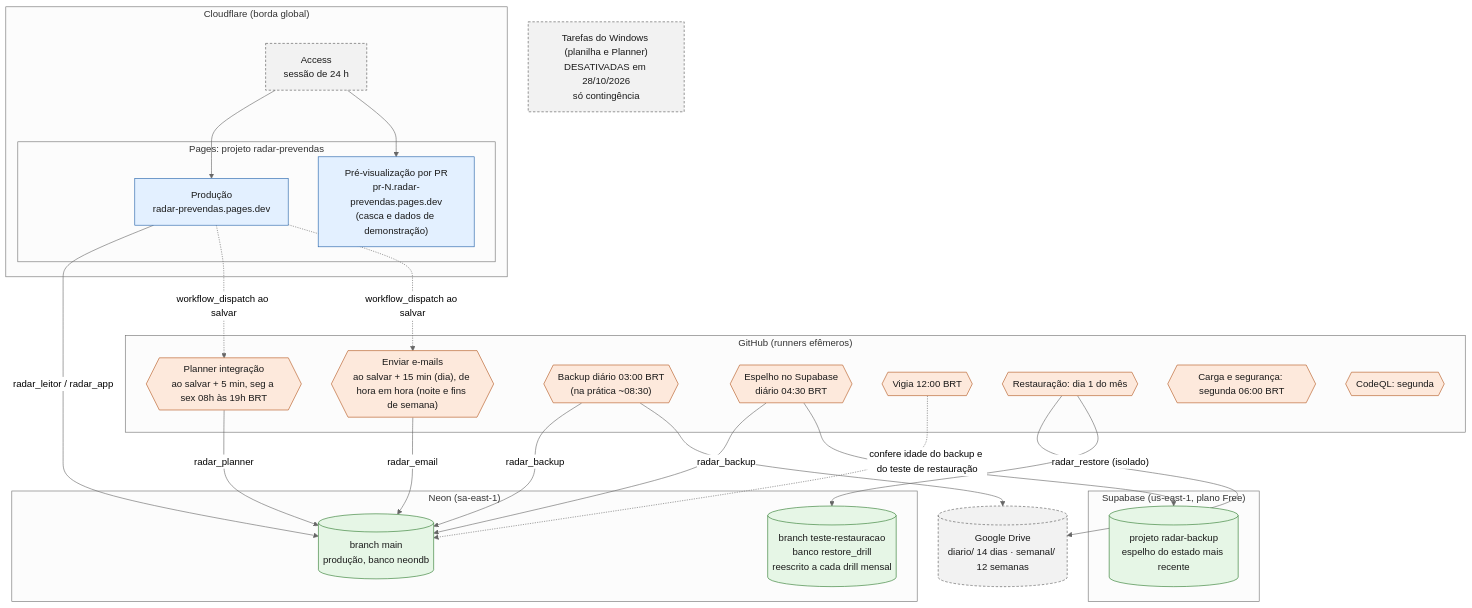
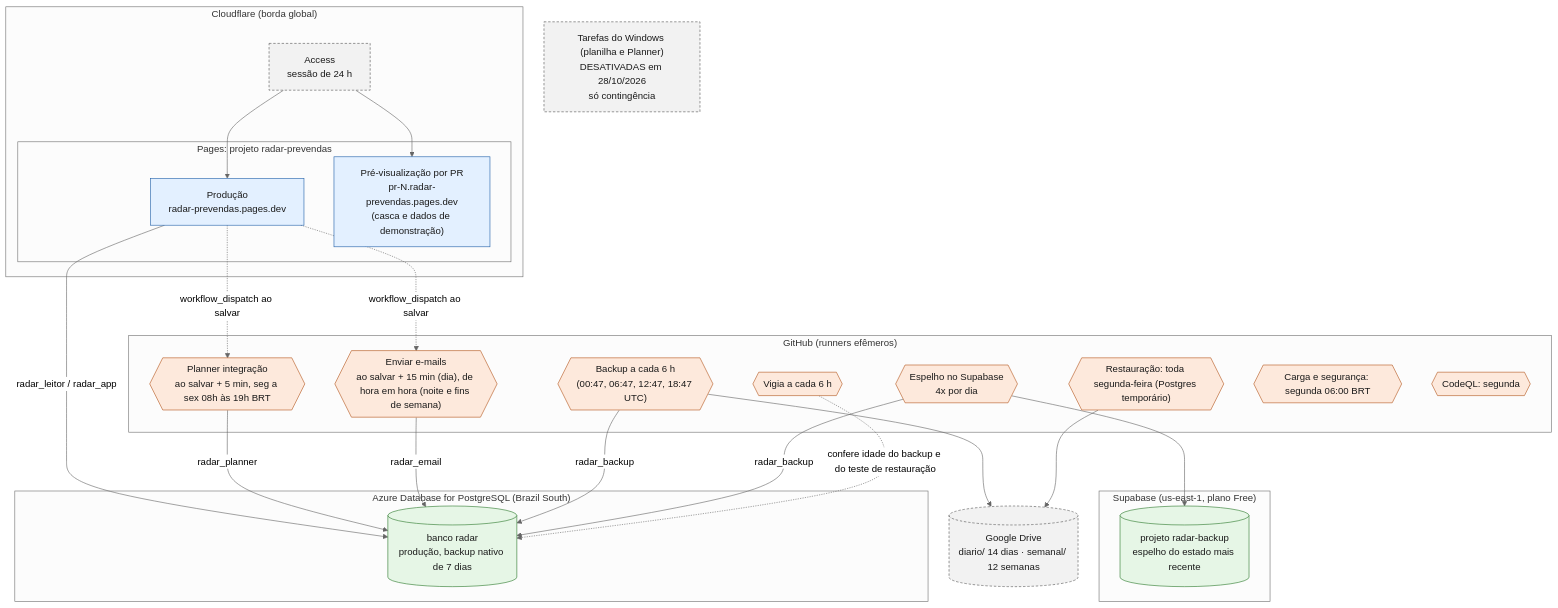
Before and after one commit to agentanalisedegoverno-svg/dashboard-metrics-team: the fourth of 22 diagrams in docs/DIAGRAMAS.md, drawn with Mermaid (neutral theme). The commit also changed other lines of this file and 38 other files, not shown here.

````diff
--- a/docs/DIAGRAMAS.md
+++ b/docs/DIAGRAMAS.md
@@ -162,53 +164,51 @@
 ```mermaid
 flowchart TB
   classDef interno fill:#e3f0ff,stroke:#1f5fa8,color:#1a1a1a
   classDef dados fill:#e6f6e6,stroke:#2d7a2d,color:#1a1a1a
   classDef agenda fill:#fde9dc,stroke:#b4561d,color:#1a1a1a
   classDef externo fill:#f2f2f2,stroke:#555555,stroke-dasharray:4 3,color:#1a1a1a
 
   subgraph edge["Cloudflare (borda global)"]
     ACCESS["Access<br/>sessão de 24 h"]:::externo
     subgraph pages["Pages: projeto radar-prevendas"]
       PROD["Produção<br/>radar-prevendas.pages.dev"]:::interno
       PRV["Pré-visualização por PR<br/>pr-N.radar-prevendas.pages.dev<br/>(casca e dados de demonstração)"]:::interno
     end
   end
 
-  subgraph nn["Neon (sa-east-1)"]
-    MAIN[("branch main<br/>produção, banco neondb")]:::dados
-    TESTE[("branch teste-restauracao<br/>banco restore_drill<br/>reescrito a cada drill mensal")]:::dados
+  subgraph nn["Azure Database for PostgreSQL (Brazil South)"]
+    MAIN[("banco radar<br/>produção, backup nativo de 7 dias")]:::dados
   end
 
   subgraph sbx["Supabase (us-east-1, plano Free)"]
     ESPELHO[("projeto radar-backup<br/>espelho do estado mais recente")]:::dados
   end
 
   subgraph ghr["GitHub (runners efêmeros)"]
     P1{{"Planner integração<br/>ao salvar + 5 min, seg a sex 08h às 19h BRT"}}:::agenda
     S3{{"Enviar e-mails<br/>ao salvar + 15 min (dia), de hora em hora (noite e fins de semana)"}}:::agenda
-    S1{{"Backup diário 03:00 BRT<br/>(na prática ~08:30)"}}:::agenda
-    S7{{"Espelho no Supabase<br/>diário 04:30 BRT"}}:::agenda
-    S2{{"Vigia 12:00 BRT"}}:::agenda
-    S4{{"Restauração: dia 1 do mês"}}:::agenda
+    S1{{"Backup a cada 6 h<br/>(00:47, 06:47, 12:47, 18:47 UTC)"}}:::agenda
+    S7{{"Espelho no Supabase<br/>4x por dia"}}:::agenda
+    S2{{"Vigia a cada 6 h"}}:::agenda
+    S4{{"Restauração: toda segunda-feira (Postgres temporário)"}}:::agenda
     S5{{"Carga e segurança: segunda 06:00 BRT"}}:::agenda
     S6{{"CodeQL: segunda"}}:::agenda
   end
 
   WIN["Tarefas do Windows (planilha e Planner)<br/>DESATIVADAS em 28/10/2026<br/>só contingência"]:::externo
   DRIVE[("Google Drive<br/>diario/ 14 dias · semanal/ 12 semanas")]:::externo
 
   ACCESS --> PROD
   ACCESS --> PRV
   PROD -->|"radar_leitor / radar_app"| MAIN
   PROD -.->|"workflow_dispatch ao salvar"| P1
   PROD -.->|"workflow_dispatch ao salvar"| S3
   P1 -->|"radar_planner"| MAIN
   S3 -->|"radar_email"| MAIN
   S1 -->|"radar_backup"| MAIN
   S1 --> DRIVE
   S7 -->|"radar_backup"| MAIN
   S7 --> ESPELHO
   S4 --> DRIVE
-  S4 -->|"radar_restore (isolado)"| TESTE
   S2 -.->|"confere idade do backup e do teste de restauração"| MAIN
 ```
````
